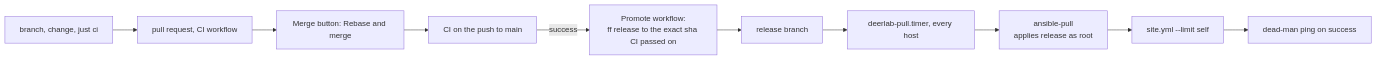
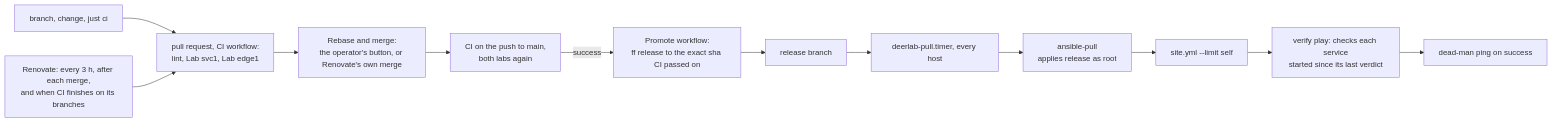
Before and after one commit to aryonoco/deerlab: the second of 4 diagrams in docs/runbook.md, drawn with Mermaid. The commit also changed other lines of this file and 1 other file, not shown here.

First line of the commit message:
docs: describe continuous updates, the lab and verification

````diff
--- a/docs/runbook.md
+++ b/docs/runbook.md
@@ -118,12 +119,14 @@
 ```mermaid
 flowchart LR
-  b["branch, change, just ci"] --> pr["pull request, CI workflow"]
-  pr --> m["Merge button: Rebase and merge"]
-  m --> ci["CI on the push to main"]
+  b["branch, change, just ci"] --> pr["pull request, CI workflow:<br/>lint, Lab svc1, Lab edge1"]
+  rv["Renovate: every 3 h, after each merge,<br/>and when CI finishes on its branches"] --> pr
+  pr --> m["Rebase and merge:<br/>the operator's button, or Renovate's own merge"]
+  m --> ci["CI on the push to main,<br/>both labs again"]
   ci -->|"success"| pm["Promote workflow:<br/>ff release to the exact sha CI passed on"]
   pm --> rel["release branch"]
   rel --> t["deerlab-pull.timer, every host"]
   t --> ap["ansible-pull<br/>applies release as root"]
   ap --> site["site.yml --limit self"]
-  site --> dm["dead-man ping on success"]
+  site --> v["verify play: checks each service<br/>started since its last verdict"]
+  v --> dm["dead-man ping on success"]
 ```
````
